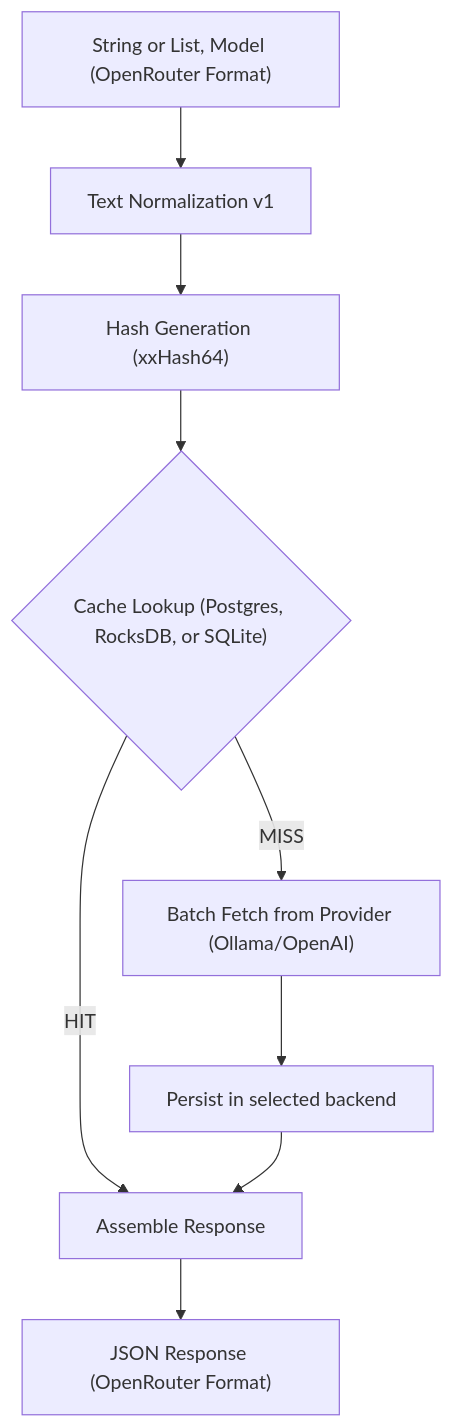
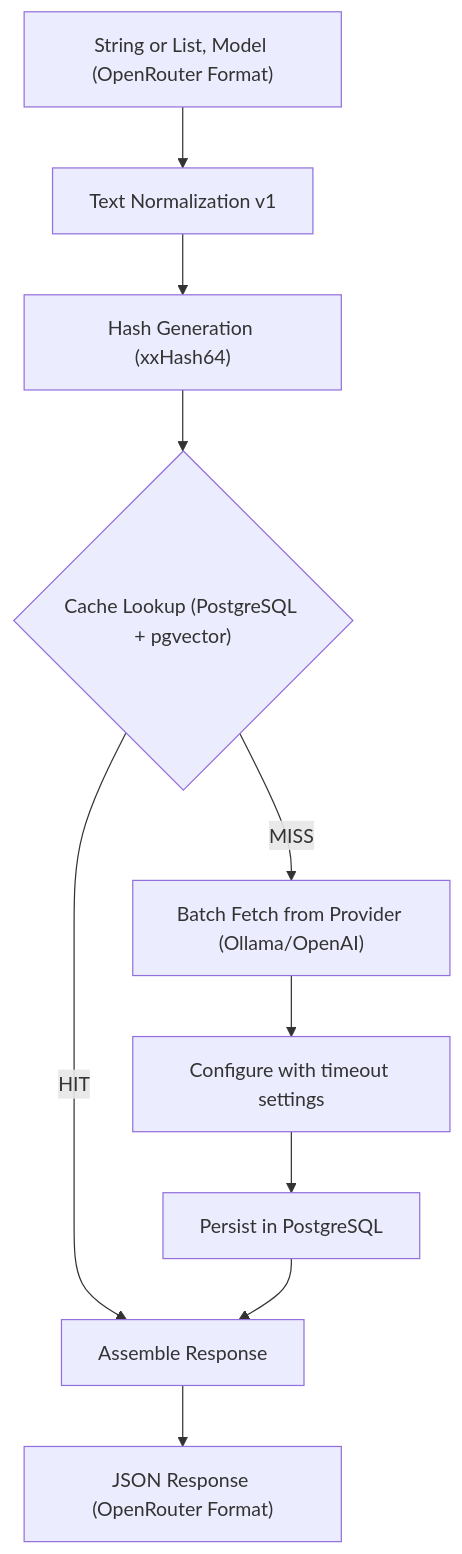
One commit to LA-Referencia-IOI/lareferencia-embedding-service changed the diagram in docs/lareferencia-embedding-cache-architecture.md. Above: the diagram before and after it, drawn with Mermaid. The commit also changed other lines of this file and 10 other files, not shown here.

````diff
--- a/docs/lareferencia-embedding-cache-architecture.md
+++ b/docs/lareferencia-embedding-cache-architecture.md
@@ -35,13 +35,14 @@
 ```mermaid
 flowchart TD
     A["String or List, Model (OpenRouter Format)"] --> B[Text Normalization v1]
     B --> C["Hash Generation (xxHash64)"]
-    C --> D{"Cache Lookup (Postgres, RocksDB, or SQLite)"}
+    C --> D{"Cache Lookup (PostgreSQL + pgvector)"}
 
     D -->|HIT| E[Assemble Response]
     D -->|MISS| F["Batch Fetch from Provider (Ollama/OpenAI)"]
+    F --> F1["Configure with timeout settings"]
 
-    F --> G[Persist in selected backend]
+    F1 --> G["Persist in PostgreSQL"]
     G --> E
     E --> H["JSON Response (OpenRouter Format)"]
 ```
````
